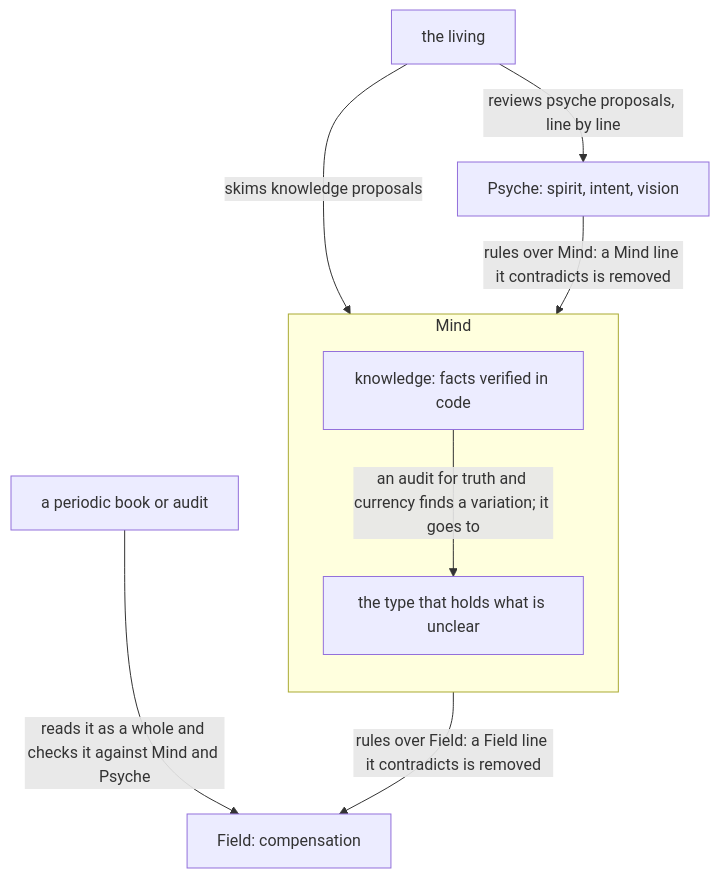
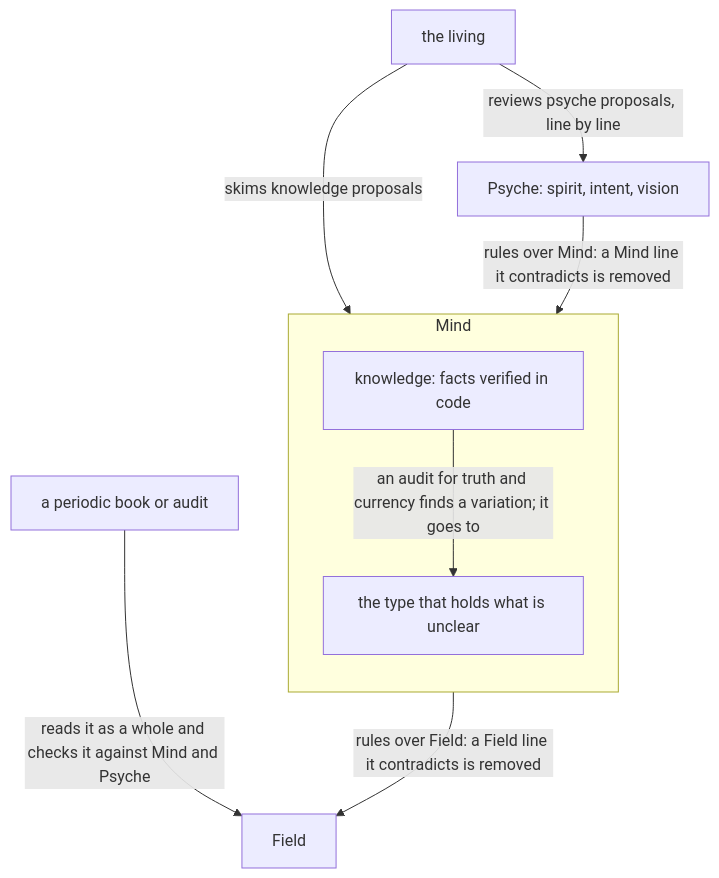
One commit to LiGoldragon/psyche-belief changed the first of 3 diagrams in vision/belief-modules.md. Above: the diagram before and after it, drawn with Mermaid.

Commit message:
compensation type removed from the belief-module kinds (the living, 2026-10-30, record flows/d12d26/vision/belief-modules.md)
Claude-Session: https://claude.ai/code/session_019YVikvrjKVFWJmHsKJzW7V

````diff
--- a/vision/belief-modules.md
+++ b/vision/belief-modules.md
@@ -8,12 +8,12 @@
 ```mermaid
 flowchart TB
     a["the living"] -- "reviews psyche proposals, line by line" --> b["Psyche: spirit, intent, vision"]
     a -- "skims knowledge proposals" --> m
     b -- "rules over Mind: a Mind line it contradicts is removed" --> m
     subgraph m["Mind"]
         direction TB
         k["knowledge: facts verified in code"] -- "an audit for truth and currency finds a variation; it goes to" --> u["the type that holds what is unclear"]
     end
-    m -- "rules over Field: a Field line it contradicts is removed" --> fl["Field: compensation"]
+    m -- "rules over Field: a Field line it contradicts is removed" --> fl["Field"]
     p["a periodic book or audit"] -- "reads it as a whole and checks it against Mind and Psyche" --> fl
 ```
````
